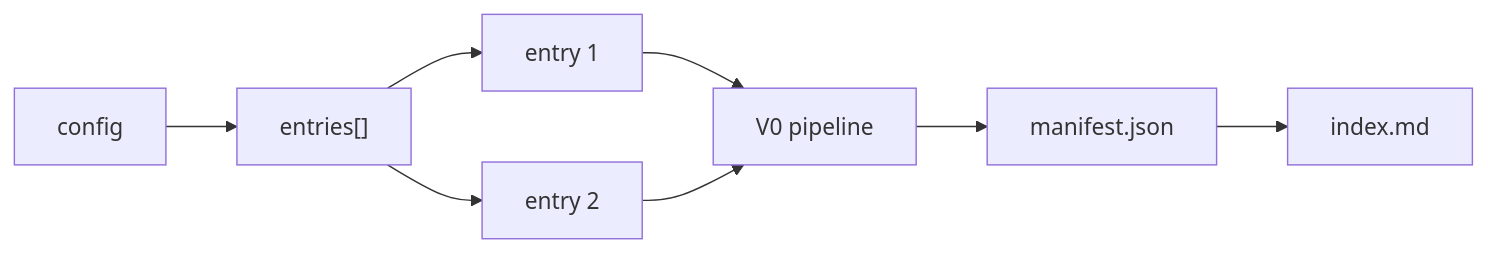
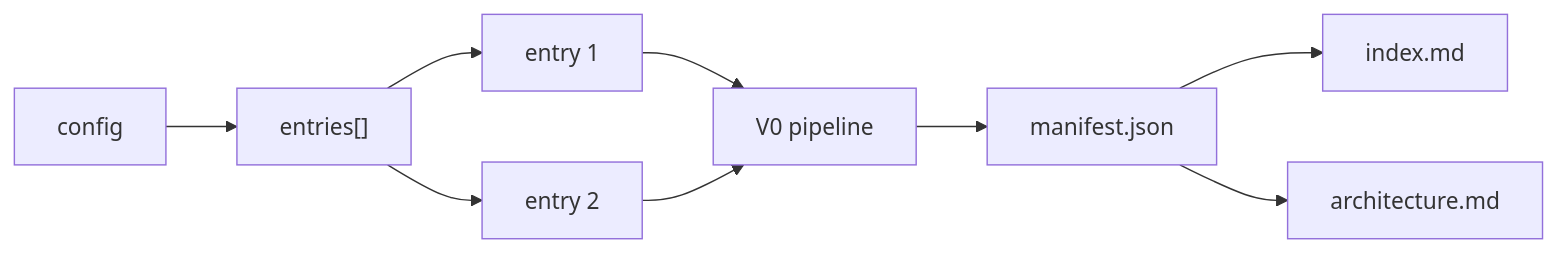
The diagram in docs/analyze-v1.md (LouisMinato96/prism), drawn with Mermaid before and after one commit. The commit also changed other lines of this file and 3 other files, not shown here.

````diff
--- a/docs/analyze-v1.md
+++ b/docs/analyze-v1.md
@@ -24,10 +25,11 @@
 ```mermaid
 flowchart LR
   Config["config"] --> Entries["entries[]"]
   Entries --> Run1["entry 1"]
   Entries --> Run2["entry 2"]
   Run1 --> V0["V0 pipeline"]
   Run2 --> V0
   V0 --> Manifest["manifest.json"]
   Manifest --> Index["index.md"]
+  Manifest --> Architecture["architecture.md"]
 ```
````
